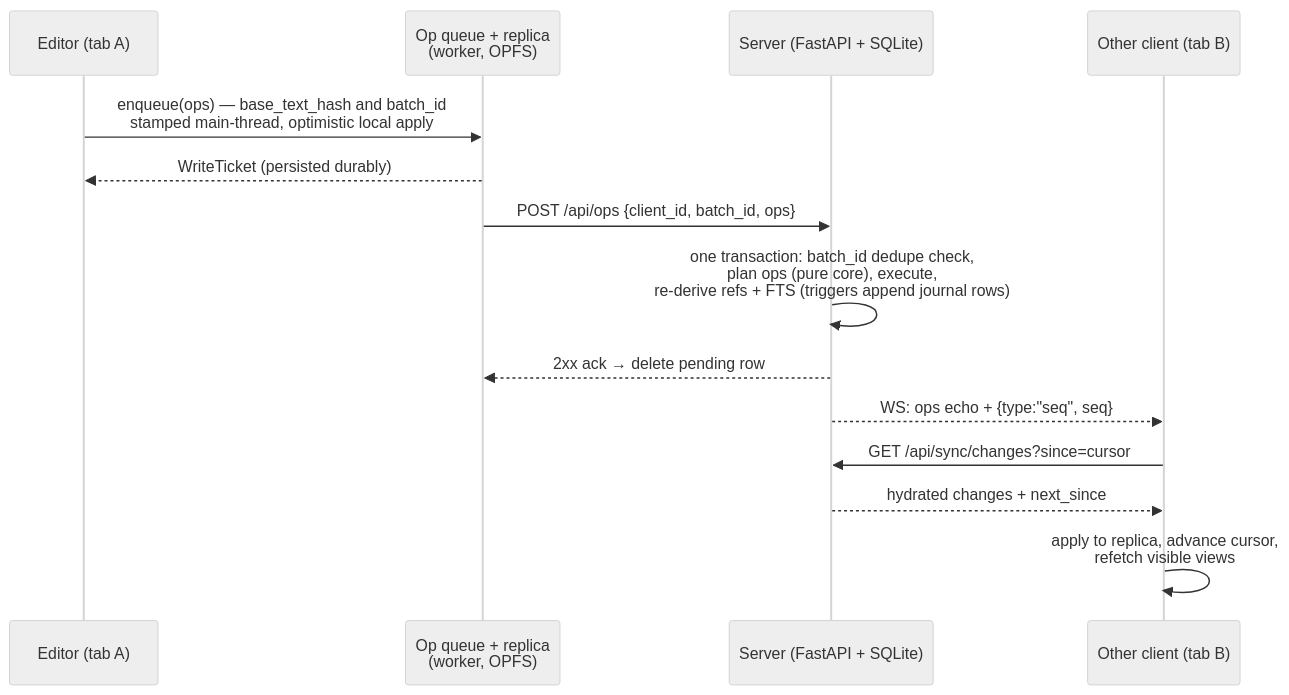
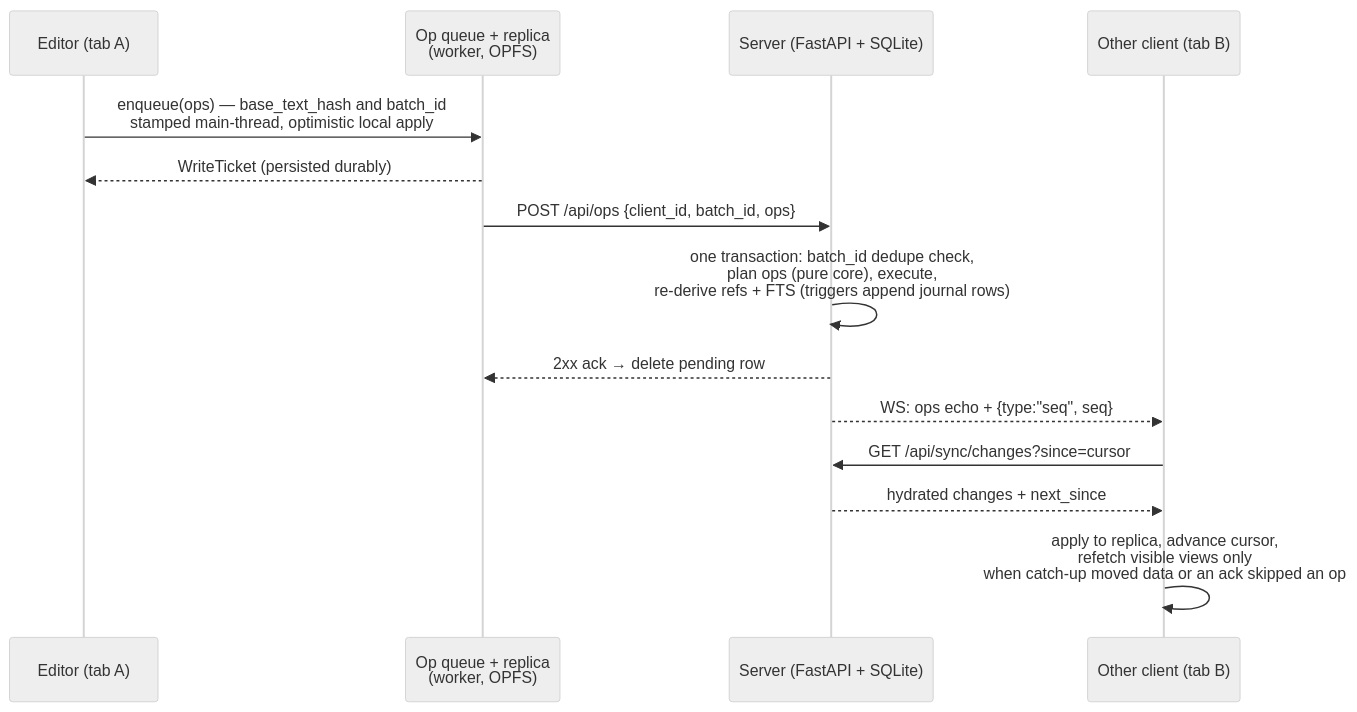
Before and after one commit to ArthurClune/pkm-system: the first of 3 diagrams in docs/architecture/sync-and-offline.md, drawn with Mermaid (neutral theme). The commit also changed other lines of this file and 3 other files, not shown here.

Commit message:
docs(pkm-6xza): correct the skipped-ack refetch invariant in sync docs

````diff
--- a/docs/architecture/sync-and-offline.md
+++ b/docs/architecture/sync-and-offline.md
@@ -42,17 +42,17 @@
 ```mermaid
 sequenceDiagram
     participant U as Editor (tab A)
     participant Q as Op queue + replica<br/>(worker, OPFS)
     participant S as Server (FastAPI + SQLite)
     participant B as Other client (tab B)
 
     U->>Q: enqueue(ops) — base_text_hash and batch_id<br/>stamped main-thread, optimistic local apply
     Q-->>U: WriteTicket (persisted durably)
     Q->>S: POST /api/ops {client_id, batch_id, ops}
     S->>S: one transaction: batch_id dedupe check,<br/>plan ops (pure core), execute,<br/>re-derive refs + FTS (triggers append journal rows)
     S-->>Q: 2xx ack → delete pending row
     S-->>B: WS: ops echo + {type:"seq", seq}
     B->>S: GET /api/sync/changes?since=cursor
     S-->>B: hydrated changes + next_since
-    B->>B: apply to replica, advance cursor,<br/>refetch visible views
+    B->>B: apply to replica, advance cursor,<br/>refetch visible views only<br/>when catch-up moved data or an ack skipped an op
 ```
````
